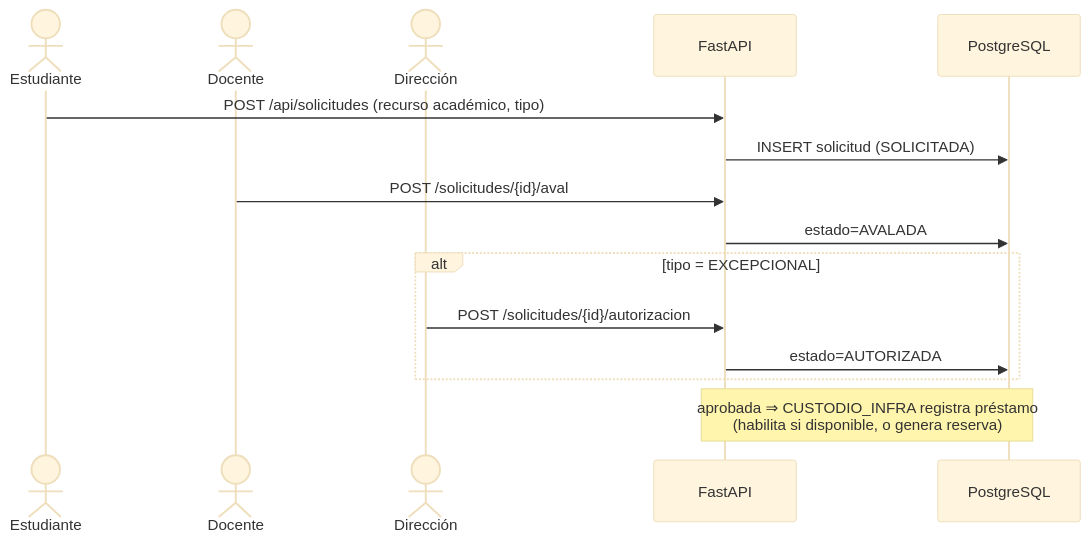
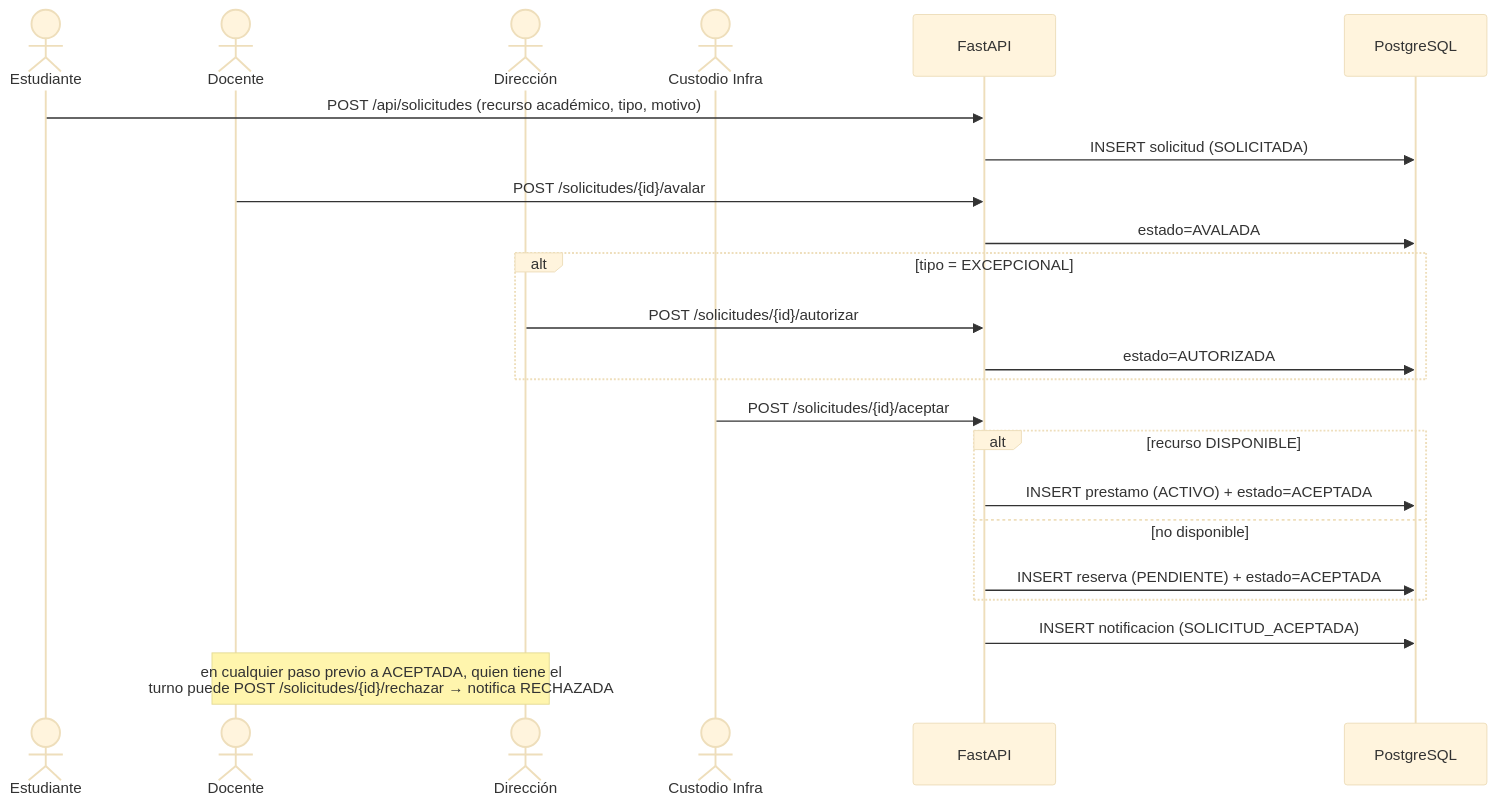
The sixth of 7 diagrams in docs/01-sdd.md (Cristhianepcc/ti2-sistema-prestamos), drawn with Mermaid (base theme) before and after one commit. The commit also changed other lines of this file and 3 other files, not shown here.

First line of the commit message:
docs: generalizar Solicitud y agregar Notificacion en los documentos de alcance

````diff
--- a/docs/01-sdd.md
+++ b/docs/01-sdd.md
@@ -488,17 +534,25 @@
 ```mermaid
 sequenceDiagram
   actor E as Estudiante
   actor D as Docente
   actor DIR as Dirección
+  actor C as Custodio Infra
   participant API as FastAPI
   participant DB as PostgreSQL
-  E->>API: POST /api/solicitudes (recurso académico, tipo)
+  E->>API: POST /api/solicitudes (recurso académico, tipo, motivo)
   API->>DB: INSERT solicitud (SOLICITADA)
-  D->>API: POST /solicitudes/{id}/aval
+  D->>API: POST /solicitudes/{id}/avalar
   API->>DB: estado=AVALADA
   alt tipo = EXCEPCIONAL
-    DIR->>API: POST /solicitudes/{id}/autorizacion
+    DIR->>API: POST /solicitudes/{id}/autorizar
     API->>DB: estado=AUTORIZADA
   end
-  Note over API,DB: aprobada ⇒ CUSTODIO_INFRA registra préstamo<br/>(habilita si disponible, o genera reserva)
+  C->>API: POST /solicitudes/{id}/aceptar
+  alt recurso DISPONIBLE
+    API->>DB: INSERT prestamo (ACTIVO) + estado=ACEPTADA
+  else no disponible
+    API->>DB: INSERT reserva (PENDIENTE) + estado=ACEPTADA
+  end
+  API->>DB: INSERT notificacion (SOLICITUD_ACEPTADA)
+  Note over D,DIR: en cualquier paso previo a ACEPTADA, quien tiene el<br/>turno puede POST /solicitudes/{id}/rechazar → notifica RECHAZADA
 ```
````
